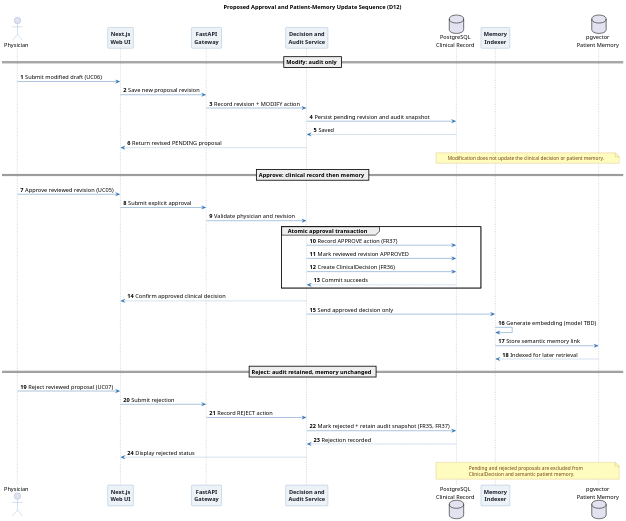
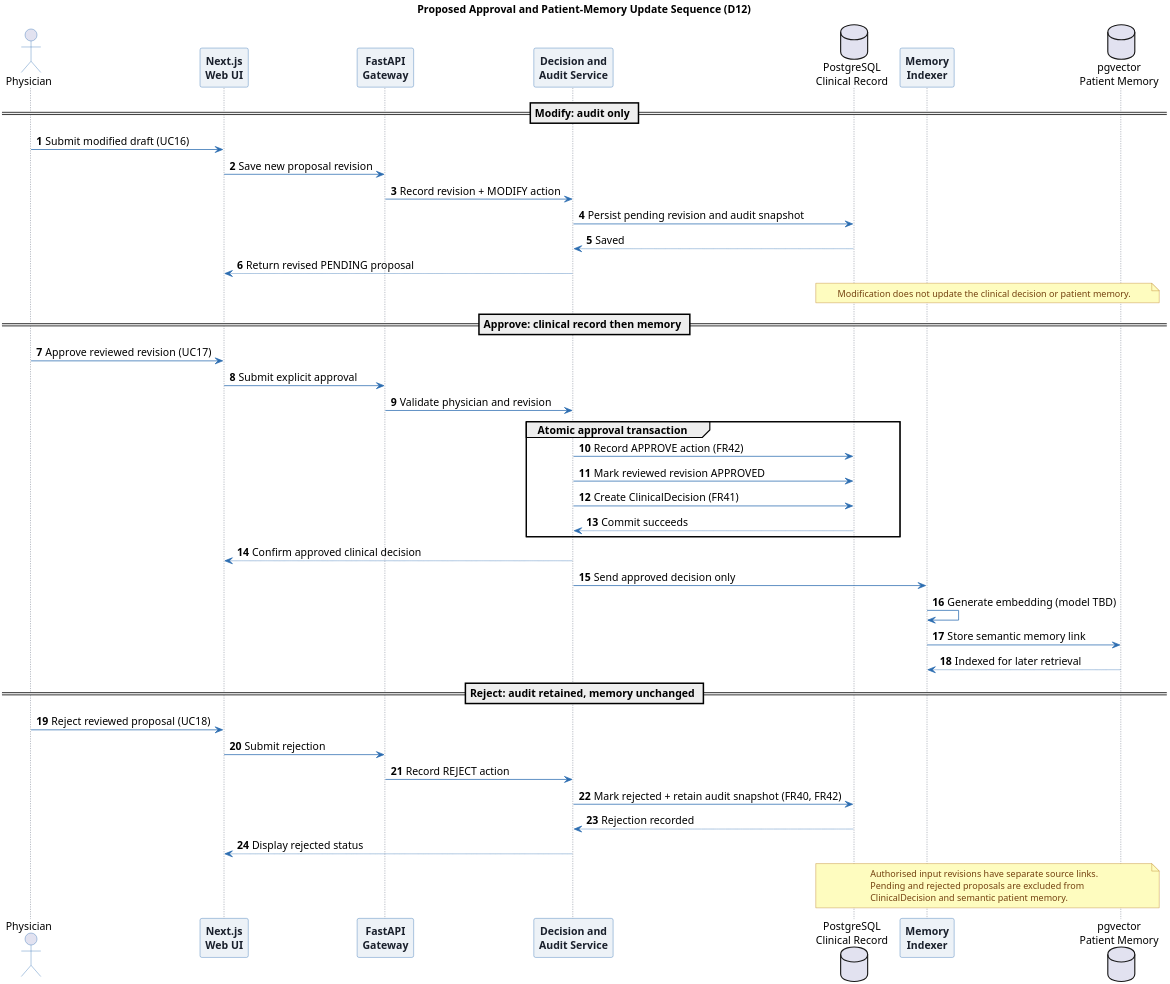
Before and after one commit to fatimamalik2307/fyp-report: the diagram in esha/diagrams/memory_update_sequence.puml, drawn with PlantUML. The commit also changed 53 other files, not shown here.

```diff
--- a/esha/diagrams/memory_update_sequence.puml
+++ b/esha/diagrams/memory_update_sequence.puml
@@ -1,68 +1,69 @@
 @startuml esha_D12_memory_update_sequence
 autonumber
 skinparam backgroundColor #FFFFFF
 skinparam shadowing false
 skinparam defaultFontName Arial
 skinparam defaultFontSize 14
-skinparam dpi 160
+skinparam dpi 300
 skinparam sequence {
   ArrowColor #2B6CB0
   ActorBorderColor #2B6CB0
   LifeLineBorderColor #4A5568
   LifeLineBackgroundColor #EDF2F7
   ParticipantBorderColor #2B6CB0
   ParticipantBackgroundColor #EDF2F7
   ParticipantFontColor #1A202C
   ParticipantFontStyle bold
 }
 skinparam note {
   BackgroundColor #FEFCBF
   BorderColor #B7791F
   FontColor #744210
   FontSize 12
 }
 title Proposed Approval and Patient-Memory Update Sequence (D12)
 
 actor Physician as Doctor
 participant "Next.js\nWeb UI" as UI
 participant "FastAPI\nGateway" as API
 participant "Decision and\nAudit Service" as Decision
 database "PostgreSQL\nClinical Record" as Record
 participant "Memory\nIndexer" as Indexer
 database "pgvector\nPatient Memory" as Memory
 
 == Modify: audit only ==
-Doctor -> UI : Submit modified draft (UC06)
+Doctor -> UI : Submit modified draft (UC16)
 UI -> API : Save new proposal revision
 API -> Decision : Record revision + MODIFY action
 Decision -> Record : Persist pending revision and audit snapshot
 Record --> Decision : Saved
 Decision --> UI : Return revised PENDING proposal
 note over Record, Memory : Modification does not update the clinical decision or patient memory.
 == Approve: clinical record then memory ==
-Doctor -> UI : Approve reviewed revision (UC05)
+Doctor -> UI : Approve reviewed revision (UC17)
 UI -> API : Submit explicit approval
 API -> Decision : Validate physician and revision
 group Atomic approval transaction
-  Decision -> Record : Record APPROVE action (FR37)
+  Decision -> Record : Record APPROVE action (FR42)
   Decision -> Record : Mark reviewed revision APPROVED
-  Decision -> Record : Create ClinicalDecision (FR36)
+  Decision -> Record : Create ClinicalDecision (FR41)
   Record --> Decision : Commit succeeds
 end
 Decision --> UI : Confirm approved clinical decision
 Decision -> Indexer : Send approved decision only
 Indexer -> Indexer : Generate embedding (model TBD)
 Indexer -> Memory : Store semantic memory link
 Memory --> Indexer : Indexed for later retrieval
 == Reject: audit retained, memory unchanged ==
-Doctor -> UI : Reject reviewed proposal (UC07)
+Doctor -> UI : Reject reviewed proposal (UC18)
 UI -> API : Submit rejection
 API -> Decision : Record REJECT action
-Decision -> Record : Mark rejected + retain audit snapshot (FR35, FR37)
+Decision -> Record : Mark rejected + retain audit snapshot (FR40, FR42)
 Record --> Decision : Rejection recorded
 Decision --> UI : Display rejected status
 note over Record, Memory
+  Authorised input revisions have separate source links.
   Pending and rejected proposals are excluded from
   ClinicalDecision and semantic patient memory.
 end note
 @enduml
```
